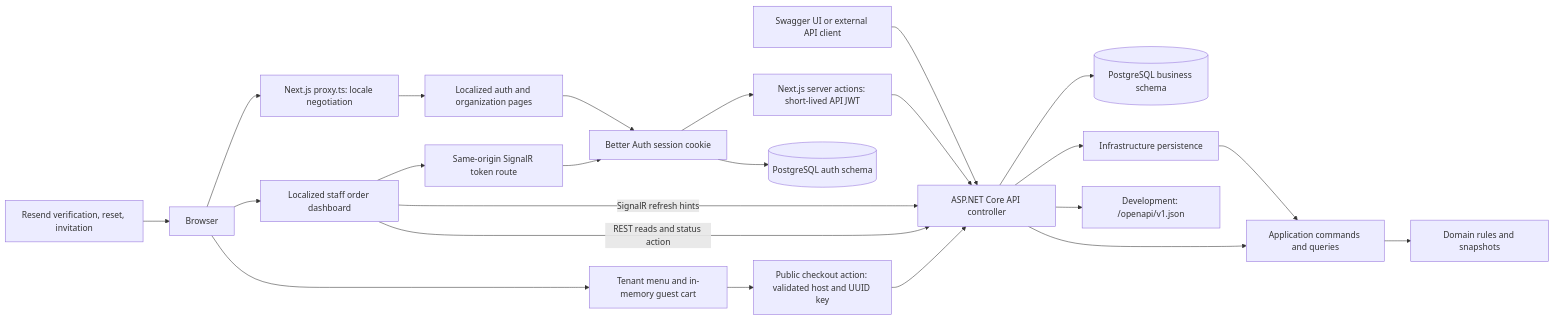
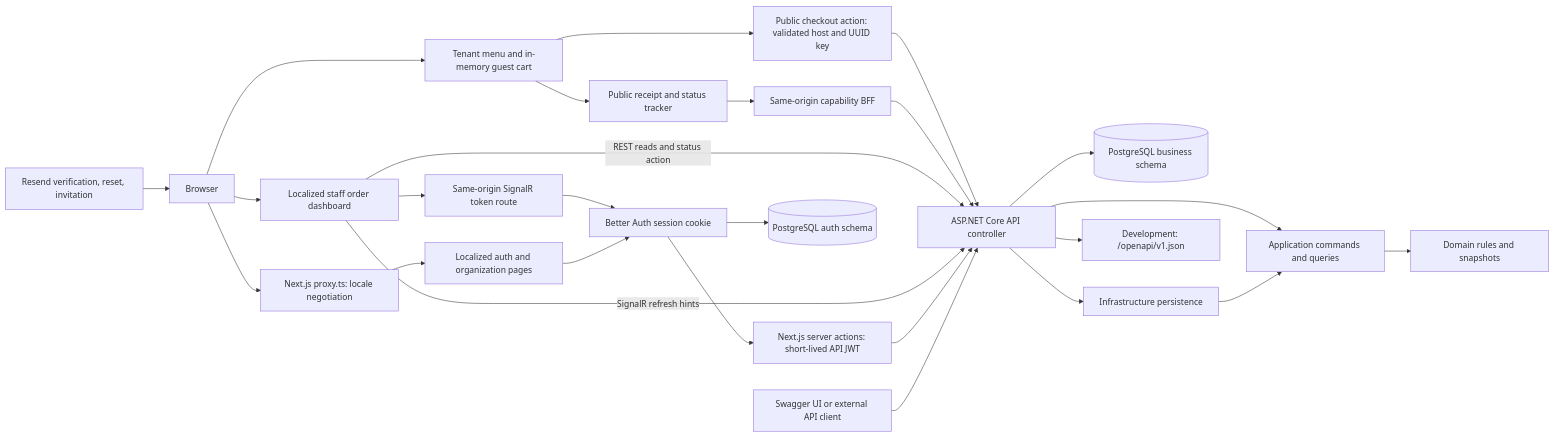
The diagram in docs/architecture/WHITEPLATE_SYSTEM_ARCHITECTURE.md (whritou/WhitePlate), drawn with Mermaid before and after one commit. The commit also changed 43 other files, not shown here.

Commit message:
feat(storefront): add public checkout and order tracking

````diff
--- a/docs/architecture/WHITEPLATE_SYSTEM_ARCHITECTURE.md
+++ b/docs/architecture/WHITEPLATE_SYSTEM_ARCHITECTURE.md
@@ -7,25 +7,28 @@
 ```mermaid
 flowchart LR
     Browser[Browser] --> Proxy["Next.js proxy.ts: locale negotiation"]
     Browser --> Storefront["Tenant menu and in-memory guest cart"]
     Browser --> Kitchen["Localized staff order dashboard"]
     Storefront --> GuestCheckout["Public checkout action: validated host and UUID key"]
     GuestCheckout --> Api
+    Storefront --> TrackingPage["Public receipt and status tracker"]
+    TrackingPage --> TrackingBFF["Same-origin capability BFF"]
+    TrackingBFF --> Api
     Kitchen -->|REST reads and status action| Api
     Kitchen -->|SignalR refresh hints| Api
     Kitchen --> TokenRoute["Same-origin SignalR token route"]
     TokenRoute --> Auth
     Proxy --> Page["Localized auth and organization pages"]
     Page --> Auth["Better Auth session cookie"]
     Auth --> BFF["Next.js server actions: short-lived API JWT"]
     BFF --> Api["ASP.NET Core API"]
     Api --> Database[(PostgreSQL business schema)]
     Auth --> AuthDb[(PostgreSQL auth schema)]
     Email["Resend verification, reset, invitation"] --> Browser
     Swagger["Swagger UI or external API client"] --> Api["ASP.NET Core API controller"]
     Api --> Application["Application commands and queries"]
     Application --> Domain["Domain rules and snapshots"]
     Api --> Infrastructure["Infrastructure persistence"]
     Infrastructure --> Application
     Api --> Spec["Development: /openapi/v1.json"]
 ```
````
